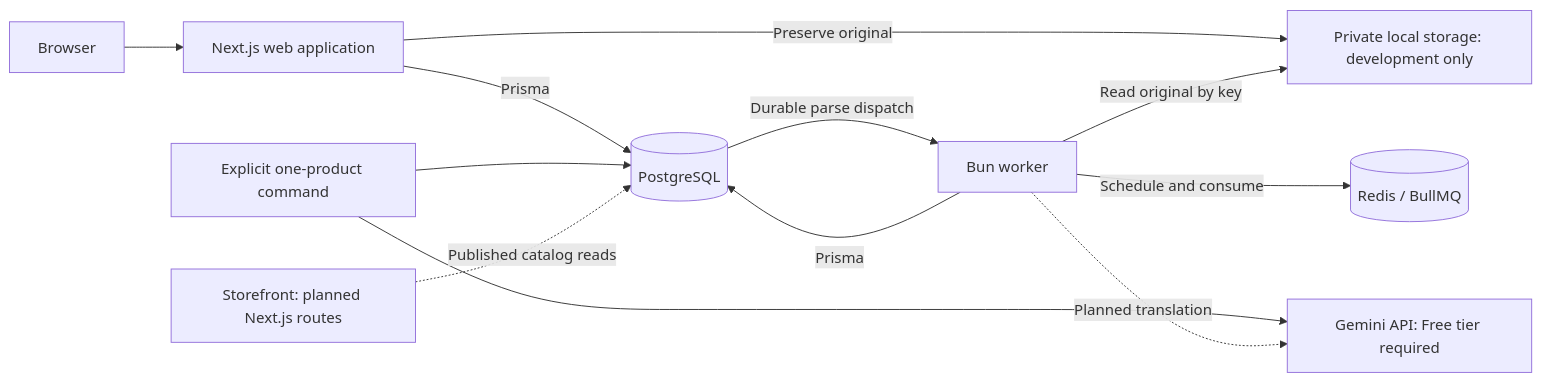
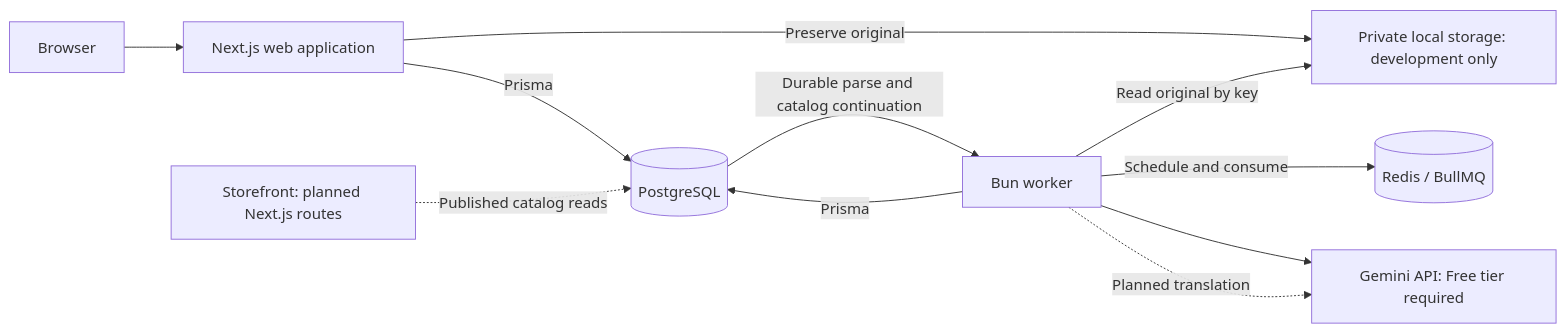
Before and after one commit to UmangAgarwal257/catalogforge: the diagram in README.md, drawn with Mermaid. The commit also changed other lines of this file and 36 other files, not shown here.

````diff
--- a/README.md
+++ b/README.md
@@ -44,14 +44,13 @@
 ```mermaid
 flowchart LR
     Browser --> Web[Next.js web application]
     Web -->|Prisma| DB[(PostgreSQL)]
     Web -->|Preserve original| Storage[Private local storage: development only]
     Worker[Bun worker] -->|Prisma| DB
     Worker -->|Read original by key| Storage
-    DB -->|Durable parse dispatch| Worker
+    DB -->|Durable parse and catalog continuation| Worker
     Worker -->|Schedule and consume| Redis[(Redis / BullMQ)]
-    Enrichment[Explicit one-product command] --> AI[Gemini API: Free tier required]
-    Enrichment --> DB
+    Worker --> AI[Gemini API: Free tier required]
     Worker -. Planned translation .-> AI
     Storefront[Storefront: planned Next.js routes] -. Published catalog reads .-> DB
 ```
````
